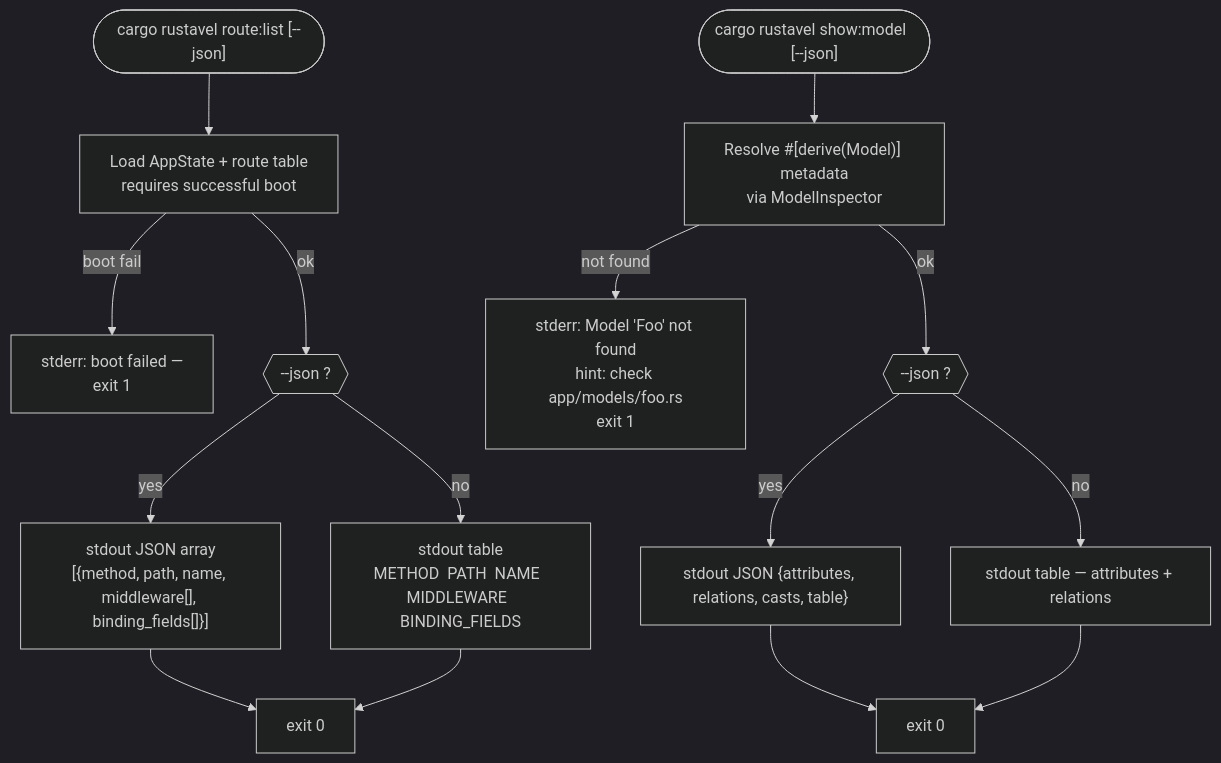
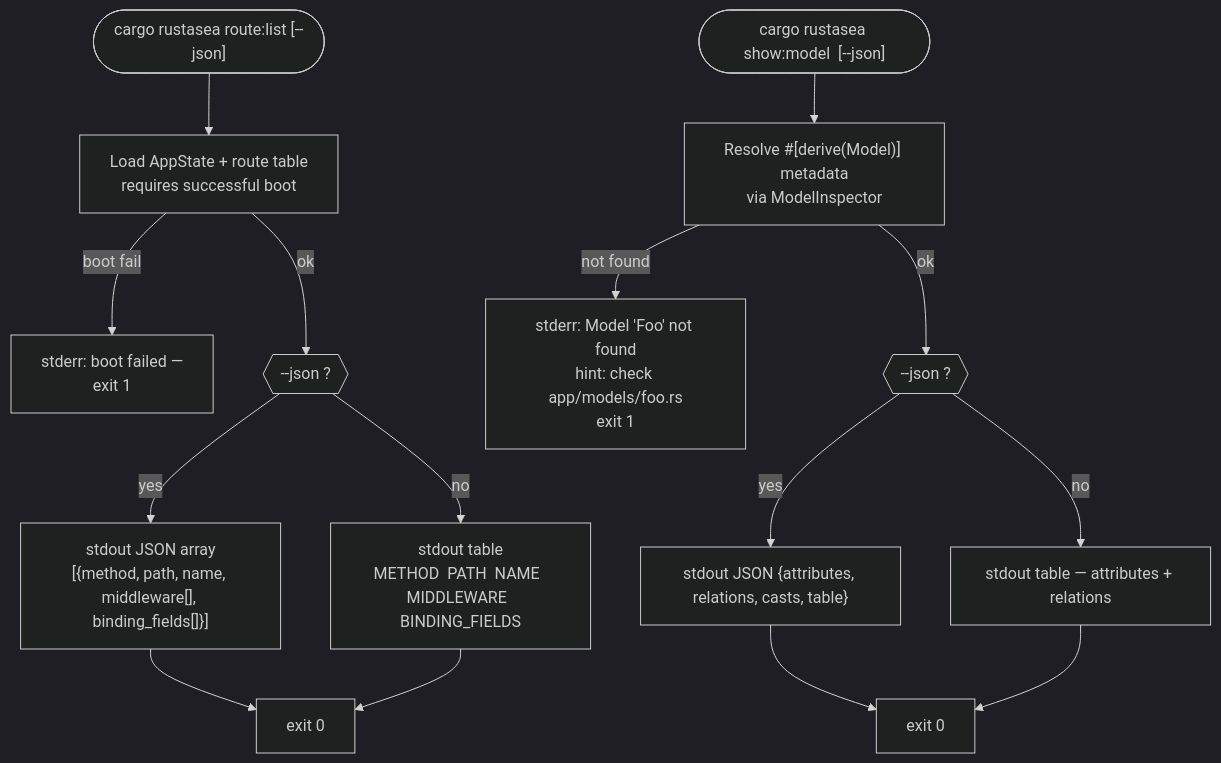
Before and after one commit to rustasea/rustasea: the sixth of 8 diagrams in .agents/documents/design/flows.md, drawn with Mermaid (dark theme). The commit also changed other lines of this file and 405 other files, not shown here.

````diff
--- a/.agents/documents/design/flows.md
+++ b/.agents/documents/design/flows.md
@@ -323,20 +323,20 @@
 ```mermaid
 flowchart TB
-    RSTART(["cargo rustavel route:list [--json]"])
+    RSTART(["cargo rustasea route:list [--json]"])
     RSTART --> RLOAD["Load AppState + route table<br/>requires successful boot"]
     RLOAD -- boot fail --> RERR_BOOT["stderr: boot failed — <BootError><br/>exit 1"]
     RLOAD -- ok --> RFORMAT{{"--json ?"}}
     RFORMAT -- yes --> RJSON["stdout JSON array<br/>[{method, path, name, middleware[], binding_fields[]}]"]
     RFORMAT -- no --> RTABLE["stdout table<br/>METHOD  PATH  NAME  MIDDLEWARE  BINDING_FIELDS"]
     RJSON --> REND["exit 0"]
     RTABLE --> REND
 
-    MSTART(["cargo rustavel show:model <Name> [--json]"])
+    MSTART(["cargo rustasea show:model <Name> [--json]"])
     MSTART --> MLOAD["Resolve #[derive(Model)] metadata<br/>via ModelInspector"]
     MLOAD -- not found --> MERR["stderr: Model 'Foo' not found<br/>hint: check app/models/foo.rs<br/>exit 1"]
     MLOAD -- ok --> MFORMAT{{"--json ?"}}
     MFORMAT -- yes --> MJSON["stdout JSON {attributes, relations, casts, table}"]
     MFORMAT -- no --> MTABLE["stdout table — attributes + relations"]
     MJSON --> MEND["exit 0"]
     MTABLE --> MEND
 ```
````
